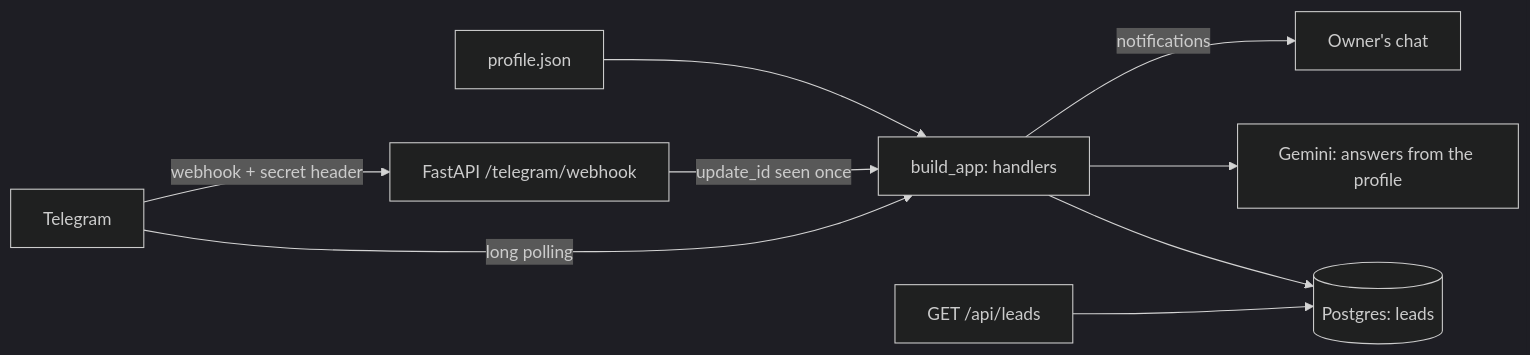
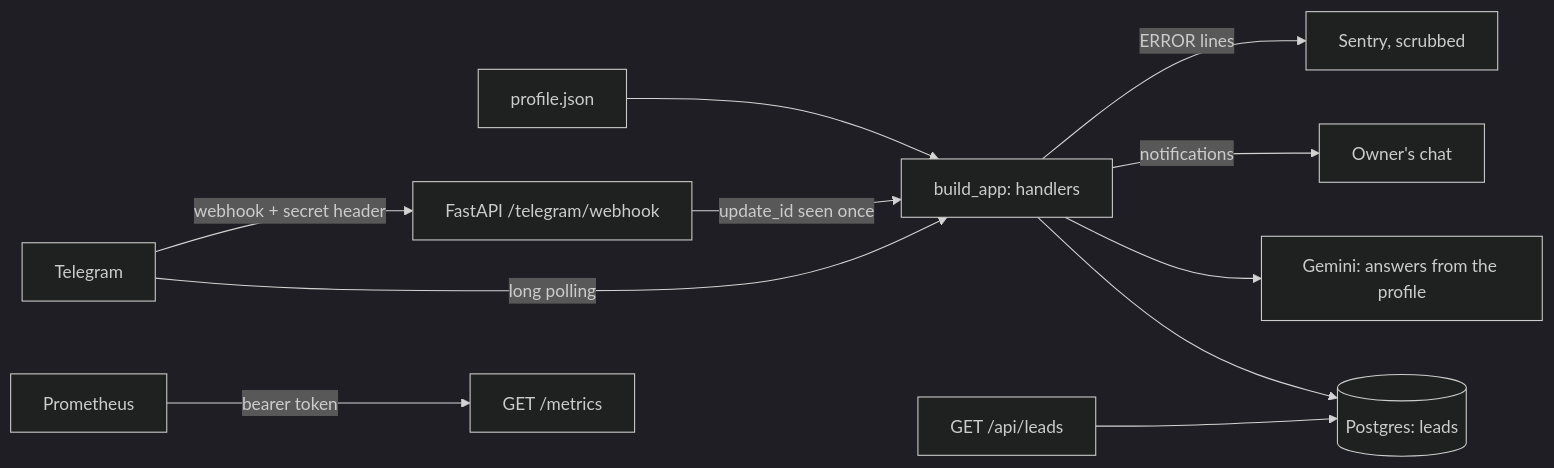
One commit to Noritur/tg-business-kit changed the diagram in README.md. Above: the diagram before and after it, drawn with Mermaid (dark theme). The commit also changed other lines of this file and 1 other file, not shown here.

````diff
--- a/README.md
+++ b/README.md
@@ -20,11 +21,13 @@
 ```mermaid
 flowchart LR
     profile[profile.json] --> app
     tg[Telegram] -- long polling --> app
     tg -- webhook + secret header --> web[FastAPI /telegram/webhook]
     web -- update_id seen once --> app
     app[build_app: handlers] --> store[(Postgres: leads)]
     app --> llm[Gemini: answers from the profile]
     app -- notifications --> owner[Owner's chat]
     api[GET /api/leads] --> store
+    prom[Prometheus] -- bearer token --> metrics[GET /metrics]
+    app -- ERROR lines --> sentry[Sentry, scrubbed]
 ```
````
